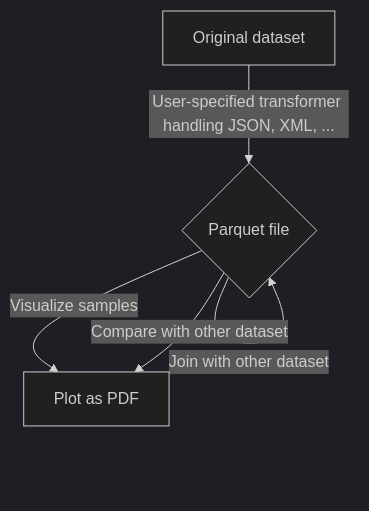
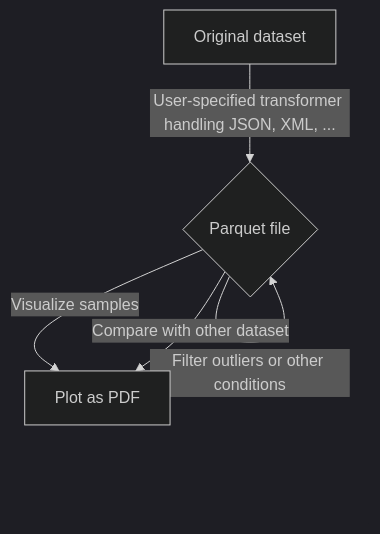
Before and after one commit to lnsp/trace-explorer: the diagram in README.md, drawn with Mermaid (dark theme).

Commit message:
Fix outliers

````diff
--- a/README.md
+++ b/README.md
@@ -9,8 +9,9 @@
 ```mermaid
 flowchart TD
 A[Original dataset] --> |User-specified transformer handling JSON, XML, ...| B[Common parquet format]
 B --> |Specify new columns via SQL| B{Parquet file}
 B --> |Join with other dataset| B
+B --> |Filter outliers or other conditions| B
 B --> |Visualize samples| C[Plot as PDF]
 B --> |Compare with other dataset| C
 ```
````
